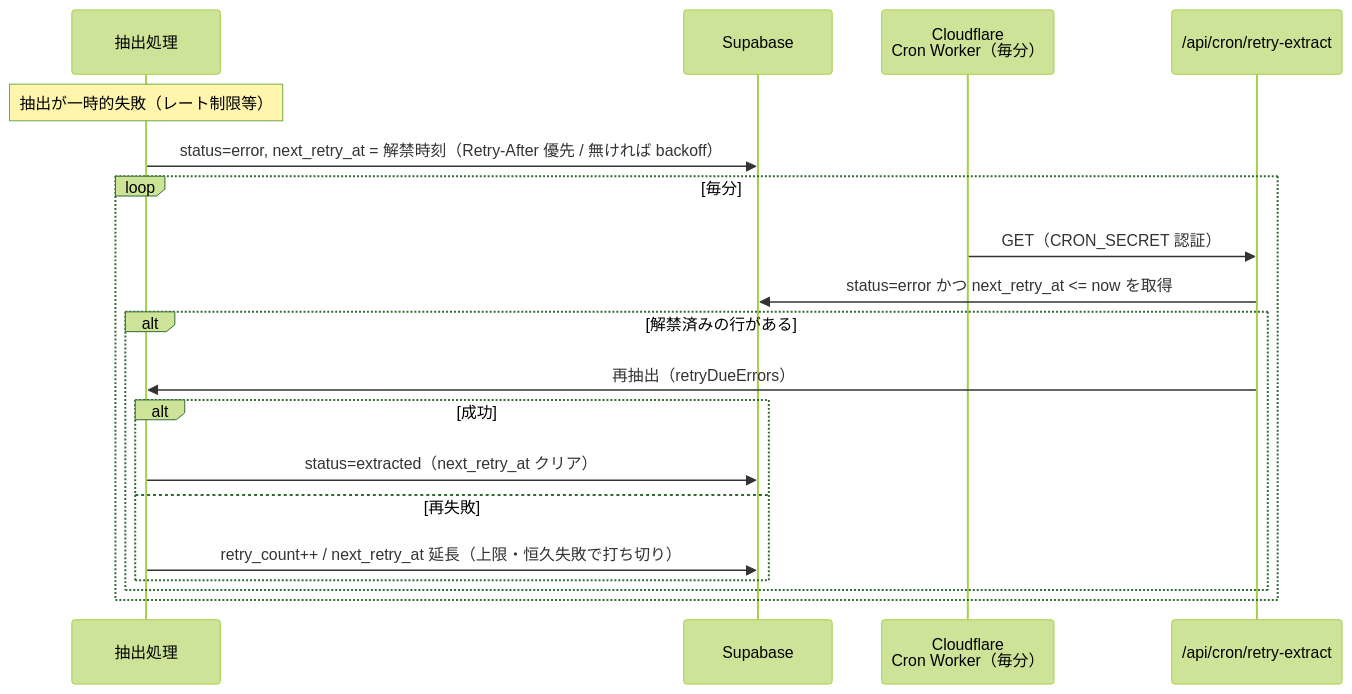
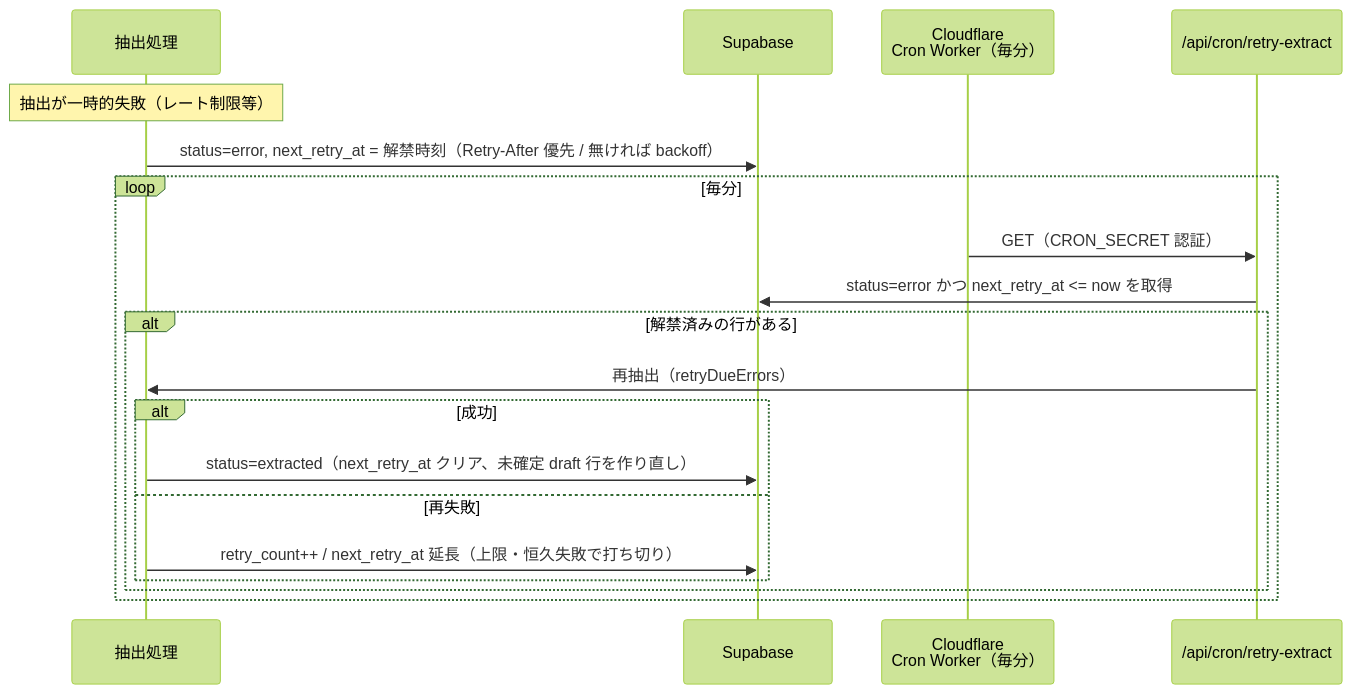
The second of 4 diagrams in docs/design/import-flow.md (shidetake/triplot), drawn with Mermaid (forest theme) before and after one commit. The commit also changed other lines of this file and 1 other file, not shown here.

First line of the commit message:
import-flow設計書とBACKLOGを予定取り込み対応に更新

````diff
--- a/docs/design/import-flow.md
+++ b/docs/design/import-flow.md
@@ -81,23 +98,23 @@
 ```mermaid
 sequenceDiagram
   participant API as 抽出処理
   participant DB as Supabase
   participant HB as Cloudflare<br/>Cron Worker（毎分）
   participant Cron as /api/cron/retry-extract
 
   Note over API: 抽出が一時的失敗（レート制限等）
   API->>DB: status=error, next_retry_at = 解禁時刻（Retry-After 優先 / 無ければ backoff）
 
   loop 毎分
     HB->>Cron: GET（CRON_SECRET 認証）
     Cron->>DB: status=error かつ next_retry_at <= now を取得
     alt 解禁済みの行がある
       Cron->>API: 再抽出（retryDueErrors）
       alt 成功
-        API->>DB: status=extracted（next_retry_at クリア）
+        API->>DB: status=extracted（next_retry_at クリア、未確定 draft 行を作り直し）
       else 再失敗
         API->>DB: retry_count++ / next_retry_at 延長（上限・恒久失敗で打ち切り）
       end
     end
   end
 ```
````
